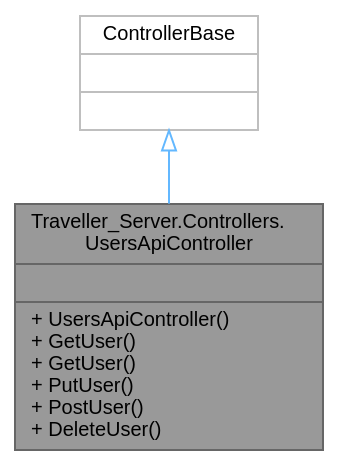
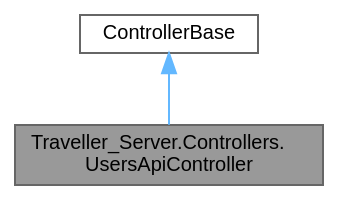
Before and after one commit to VenelinArgirov/manual-tecnico.github.io: the diagram in Servidor/class_traveller___server_1_1_controllers_1_1_users_api_controller__inherit__graph.dot, drawn with Graphviz. The commit also changed 819 other files, not shown here.

```diff
--- a/Servidor/class_traveller___server_1_1_controllers_1_1_users_api_controller__inherit__graph.dot
+++ b/Servidor/class_traveller___server_1_1_controllers_1_1_users_api_controller__inherit__graph.dot
@@ -1,10 +1,10 @@
 digraph "Traveller_Server.Controllers.UsersApiController"
 {
  // LATEX_PDF_SIZE
   bgcolor="transparent";
   edge [fontname=Helvetica,fontsize=10,labelfontname=Helvetica,labelfontsize=10];
   node [fontname=Helvetica,fontsize=10,shape=box,height=0.2,width=0.4];
-  Node1 [shape=record,label="{Traveller_Server.Controllers.\lUsersApiController\n||+ UsersApiController()\l+ GetUser()\l+ GetUser()\l+ PutUser()\l+ PostUser()\l+ DeleteUser()\l}",height=0.2,width=0.4,color="gray40", fillcolor="grey60", style="filled", fontcolor="black",tooltip=" "];
-  Node2 -> Node1 [dir="back",color="steelblue1",style="solid",arrowtail="onormal"];
-  Node2 [shape=record,label="{ControllerBase\n||}",height=0.2,width=0.4,color="grey75", fillcolor="white", style="filled",tooltip=" "];
+  Node1 [label="Traveller_Server.Controllers.\lUsersApiController",height=0.2,width=0.4,color="gray40", fillcolor="grey60", style="filled", fontcolor="black",tooltip=" "];
+  Node2 -> Node1 [dir="back",color="steelblue1",style="solid"];
+  Node2 [label="ControllerBase",height=0.2,width=0.4,color="gray40", fillcolor="white", style="filled",tooltip=" "];
 }
```
